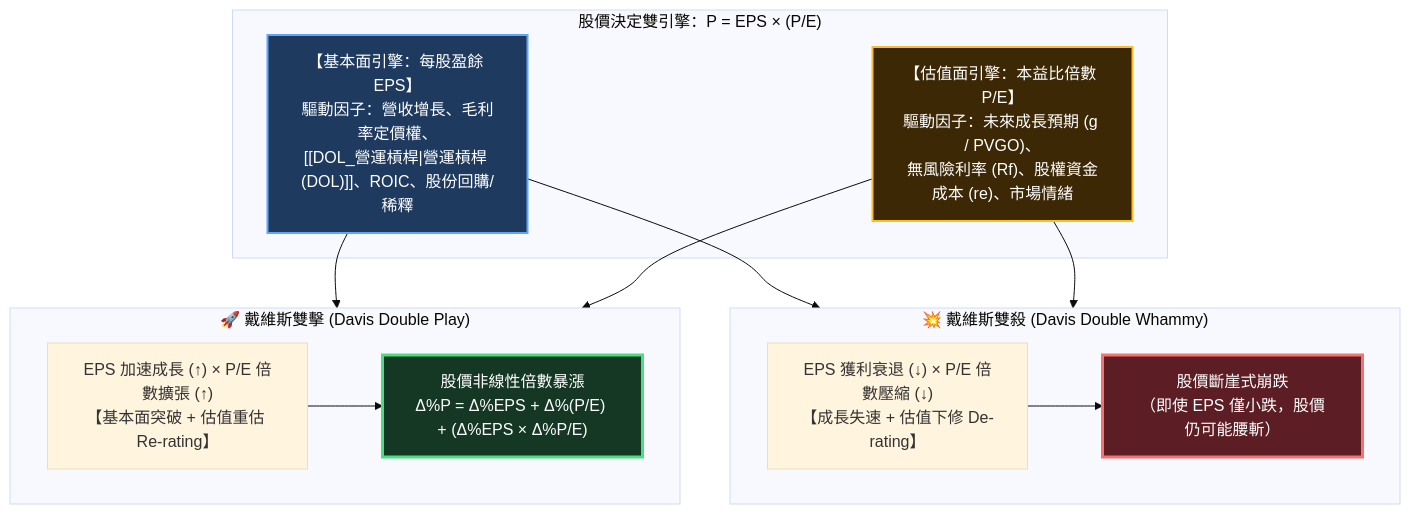
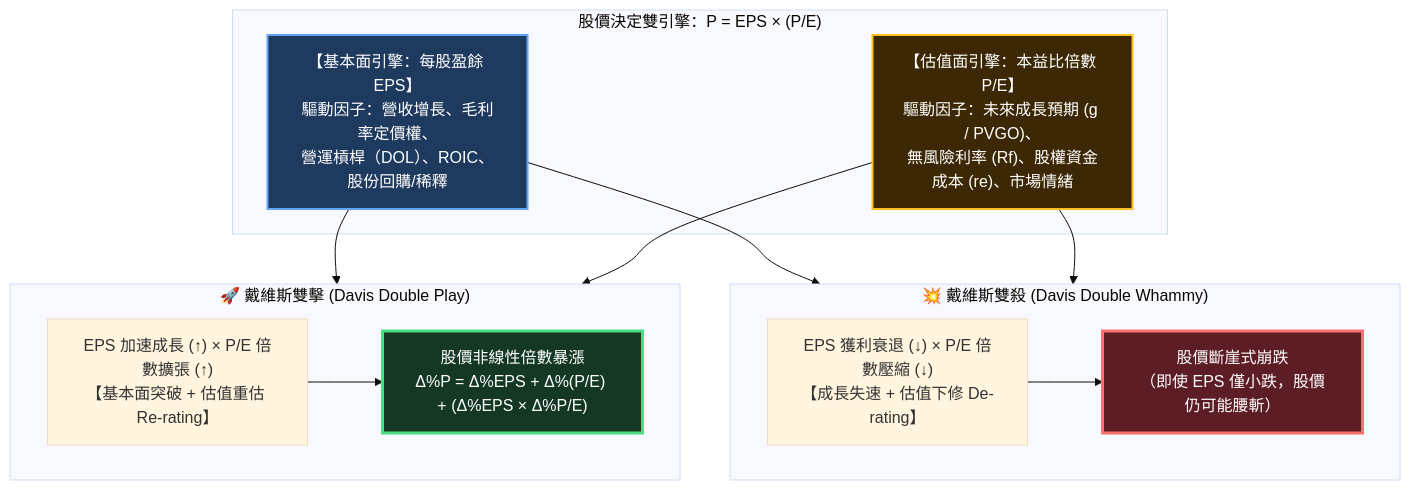
One commit to Jimlin0428/my-digital-garden changed the diagram in src/site/notes/98_商業概念庫/davis-double-whammy_戴維斯雙殺效應.md. Above: the diagram before and after it, drawn with Mermaid (base theme). The commit also changed 3 other files, not shown here.

````diff
--- a/src/site/notes/98_商業概念庫/davis-double-whammy_戴維斯雙殺效應.md
+++ b/src/site/notes/98_商業概念庫/davis-double-whammy_戴維斯雙殺效應.md
@@ -26,29 +26,29 @@
 ```mermaid
 flowchart TD
     subgraph Factors ["股價決定雙引擎：P = EPS × (P/E)"]
-        EPS_Node["【基本面引擎：每股盈餘 EPS】<br>驅動因子：營收增長、毛利率定價權、<br>[[DOL_營運槓桿|營運槓桿 (DOL)]]、ROIC、股份回購/稀釋"]
+        EPS_Node["【基本面引擎：每股盈餘 EPS】<br>驅動因子：營收增長、毛利率定價權、<br>營運槓桿（DOL）、ROIC、股份回購/稀釋"]
         PE_Node["【估值面引擎：本益比倍數 P/E】<br>驅動因子：未來成長預期 (g / PVGO)、<br>無風險利率 (Rf)、股權資金成本 (re)、市場情緒"]
     end
 
     subgraph Double_Play ["🚀 戴維斯雙擊 (Davis Double Play)"]
         DP_Cond["EPS 加速成長 (↑) × P/E 倍數擴張 (↑)<br>【基本面突破 + 估值重估 Re-rating】"]
         DP_Result["股價非線性倍數暴漲<br>Δ%P = Δ%EPS + Δ%(P/E) + (Δ%EPS × Δ%P/E)"]
         DP_Cond --> DP_Result
     end
 
     subgraph Double_Whammy ["💥 戴維斯雙殺 (Davis Double Whammy)"]
         DW_Cond["EPS 獲利衰退 (↓) × P/E 倍數壓縮 (↓)<br>【成長失速 + 估值下修 De-rating】"]
         DW_Result["股價斷崖式崩跌<br>（即使 EPS 僅小跌，股價仍可能腰斬）"]
         DW_Cond --> DW_Result
     end
 
     EPS_Node --> Double_Play
     PE_Node --> Double_Play
     EPS_Node --> Double_Whammy
     PE_Node --> Double_Whammy
 
     style DP_Result fill:#143823,stroke:#4ade80,stroke-width:3px,color:#ffffff
     style DW_Result fill:#5c1d24,stroke:#f87171,stroke-width:3px,color:#ffffff
     style EPS_Node fill:#1e3a5f,stroke:#60a5fa,stroke-width:2px,color:#ffffff
     style PE_Node fill:#3d2806,stroke:#fbbf24,stroke-width:2px,color:#ffffff
 ```
````
